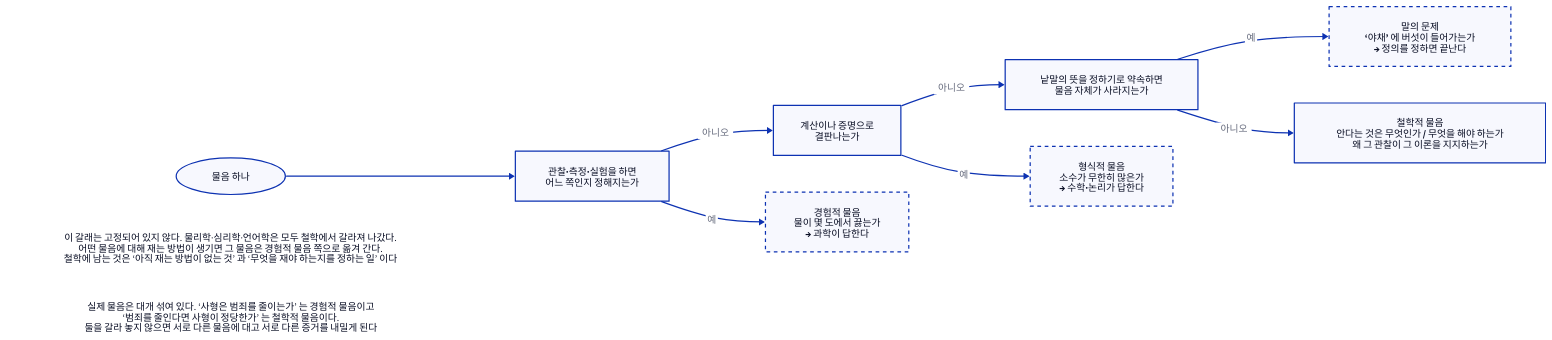
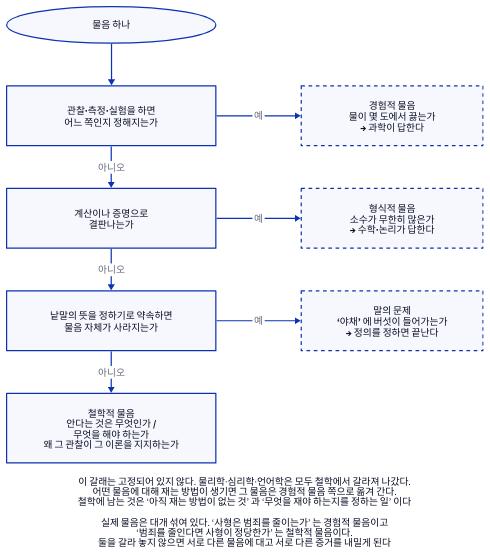
Before and after one commit to Dong-gi/Dong-gi.github.io: the diagram in d2/philosophy/phi-m-question-kinds.d2, drawn with D2. The commit also changed 295 other files, not shown here.

```diff
--- a/d2/philosophy/phi-m-question-kinds.d2
+++ b/d2/philosophy/phi-m-question-kinds.d2
@@ -1,34 +1,39 @@
 # 물음의 갈래 — 철학 3장.
 #
 # 무엇을 읽어야 하나: 물음 하나를 놓고 세 번 물으면 어떤 도구로 답할 물음인지가 갈린다.
 # 철학적 물음은 ‘답이 없는 물음’ 이 아니라 ‘앞의 세 도구로는 결판나지 않는 물음’ 이다.
-direction: right
+# 배치: 두 칸 격자 — 왼쪽 칸이 세 물음의 사슬, 오른쪽 칸이 ‘예’ 일 때의 갈래.
+# 빈칸1·2 는 칸을 맞추려고 넣은 보이지 않는 상자다. 선언 순서대로 한 줄에 두 칸씩 채운다.
+grid-rows: 5
+grid-columns: 2
+horizontal-gap: 140
+vertical-gap: 70
 
 물음: { label: "물음 하나"; shape: oval; style.bold: true }
+빈칸1: { label: " "; style.opacity: 0 }
 
 q1: { label: "관찰·측정·실험을 하면\n어느 쪽인지 정해지는가" }
+경험: { label: "경험적 물음\n물이 몇 도에서 끓는가\n→ 과학이 답한다"; style.stroke-dash: 3 }
+
 q2: { label: "계산이나 증명으로\n결판나는가" }
+형식: { label: "형식적 물음\n소수가 무한히 많은가\n→ 수학·논리가 답한다"; style.stroke-dash: 3 }
+
 q3: { label: "낱말의 뜻을 정하기로 약속하면\n물음 자체가 사라지는가" }
+말: { label: "말의 문제\n‘야채’ 에 버섯이 들어가는가\n→ 정의를 정하면 끝난다"; style.stroke-dash: 3 }
 
-경험: { label: "경험적 물음\n물이 몇 도에서 끓는가\n→ 과학이 답한다"; style.stroke-dash: 3 }
-형식: { label: "형식적 물음\n소수가 무한히 많은가\n→ 수학·논리가 답한다"; style.stroke-dash: 3 }
-말: { label: "말의 문제\n‘야채’ 에 버섯이 들어가는가\n→ 정의를 정하면 끝난다"; style.stroke-dash: 3 }
-철학: { label: "철학적 물음\n안다는 것은 무엇인가 / 무엇을 해야 하는가\n왜 그 관찰이 그 이론을 지지하는가"; style.bold: true }
+철학: { label: "철학적 물음\n안다는 것은 무엇인가 /\n무엇을 해야 하는가\n왜 그 관찰이 그 이론을 지지하는가"; style.bold: true }
+빈칸2: { label: " "; style.opacity: 0 }
 
 물음 -> q1
 q1 -> 경험: "예"
 q1 -> q2: "아니오"
 q2 -> 형식: "예"
 q2 -> q3: "아니오"
 q3 -> 말: "예"
 q3 -> 철학: "아니오"
 
-경계: {
-  label: "이 갈래는 고정되어 있지 않다. 물리학·심리학·언어학은 모두 철학에서 갈라져 나갔다.\n어떤 물음에 대해 재는 방법이 생기면 그 물음은 경험적 물음 쪽으로 옮겨 간다.\n철학에 남는 것은 ‘아직 재는 방법이 없는 것’ 과 ‘무엇을 재야 하는지를 정하는 일’ 이다"
+메모: {
   shape: text
+  near: bottom-center
+  label: "이 갈래는 고정되어 있지 않다. 물리학·심리학·언어학은 모두 철학에서 갈라져 나갔다.\n어떤 물음에 대해 재는 방법이 생기면 그 물음은 경험적 물음 쪽으로 옮겨 간다.\n철학에 남는 것은 ‘아직 재는 방법이 없는 것’ 과 ‘무엇을 재야 하는지를 정하는 일’ 이다\n\n실제 물음은 대개 섞여 있다. ‘사형은 범죄를 줄이는가’ 는 경험적 물음이고\n‘범죄를 줄인다면 사형이 정당한가’ 는 철학적 물음이다.\n둘을 갈라 놓지 않으면 서로 다른 물음에 대고 서로 다른 증거를 내밀게 된다"
 }
-
-섞임: {
-  label: "실제 물음은 대개 섞여 있다. ‘사형은 범죄를 줄이는가’ 는 경험적 물음이고\n‘범죄를 줄인다면 사형이 정당한가’ 는 철학적 물음이다.\n둘을 갈라 놓지 않으면 서로 다른 물음에 대고 서로 다른 증거를 내밀게 된다"
-  shape: text
-}
```
